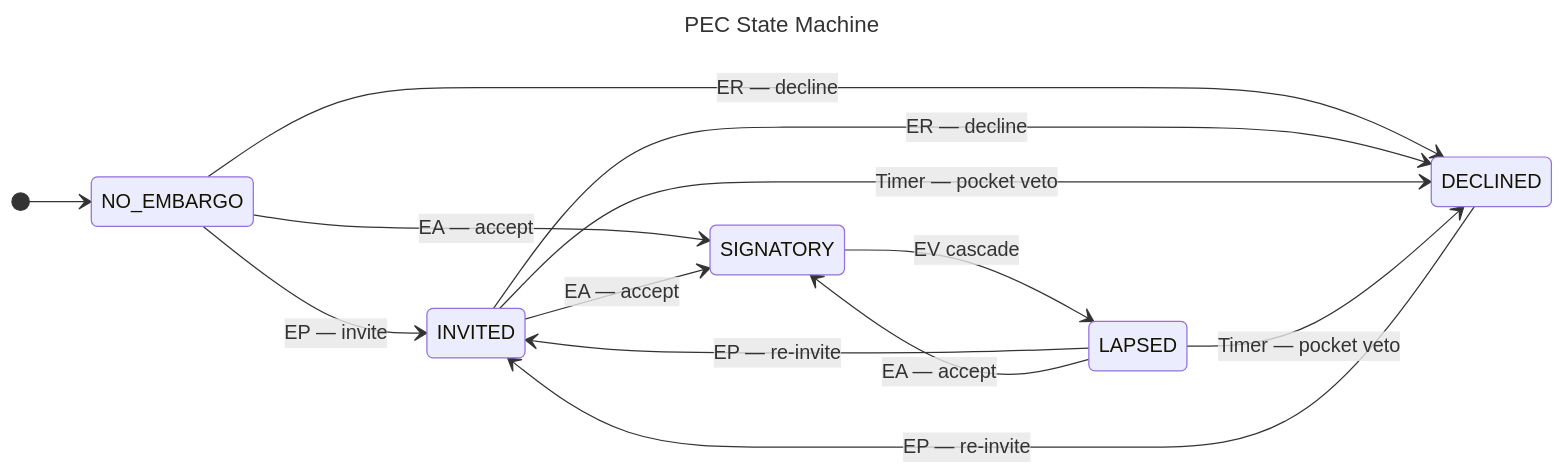
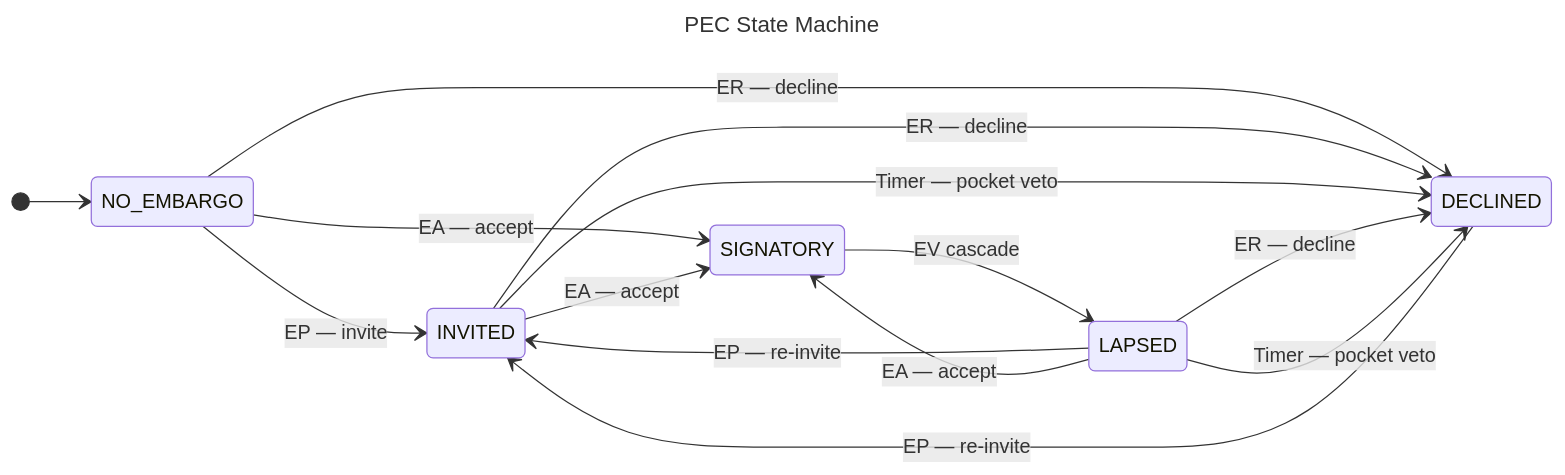
The diagram in docs/topics/process_models/em/participant-embargo-consent.md (CERTCC/Vultron), drawn with Mermaid before and after one commit. The commit also changed other lines of this file, not shown here.

Commit message:
fix(pr-execute): address 1 finding from triage
- phase5-missing-lapsed-er-declined-0 — add missing LAPSED→DECLINED via
  ER (Wire) row to full transition table and diagram; ER prose section
  already stated this transition, implementation confirms it, but table
  and Mermaid diagram were incomplete

````diff
--- a/docs/topics/process_models/em/participant-embargo-consent.md
+++ b/docs/topics/process_models/em/participant-embargo-consent.md
@@ -45,19 +45,20 @@
 ```mermaid
 ---
 title: PEC State Machine
 ---
 stateDiagram-v2
     direction LR
     [*] --> NO_EMBARGO
     NO_EMBARGO --> INVITED: EP — invite
     NO_EMBARGO --> SIGNATORY: EA — accept
     NO_EMBARGO --> DECLINED: ER — decline
     INVITED --> SIGNATORY: EA — accept
     INVITED --> DECLINED: ER — decline
     INVITED --> DECLINED: Timer — pocket veto
     SIGNATORY --> LAPSED: EV cascade
     LAPSED --> INVITED: EP — re-invite
     LAPSED --> SIGNATORY: EA — accept
+    LAPSED --> DECLINED: ER — decline
     LAPSED --> DECLINED: Timer — pocket veto
     DECLINED --> INVITED: EP — re-invite
 ```
````
